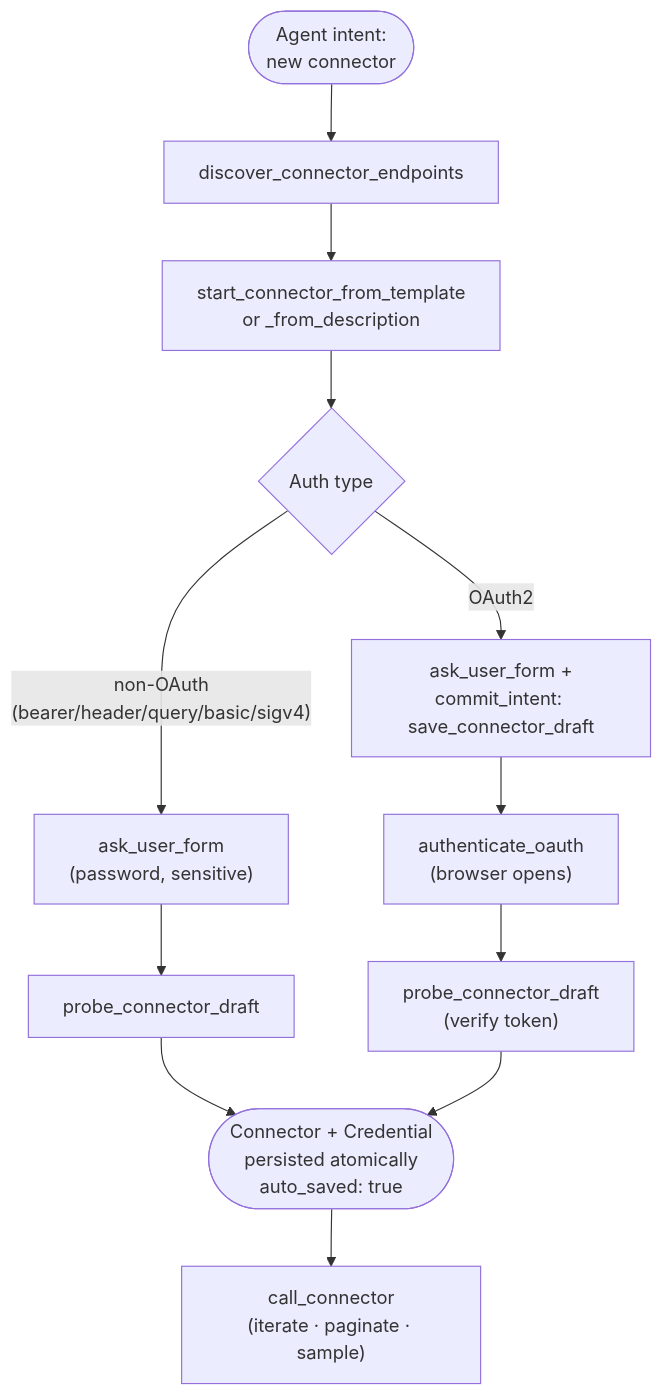
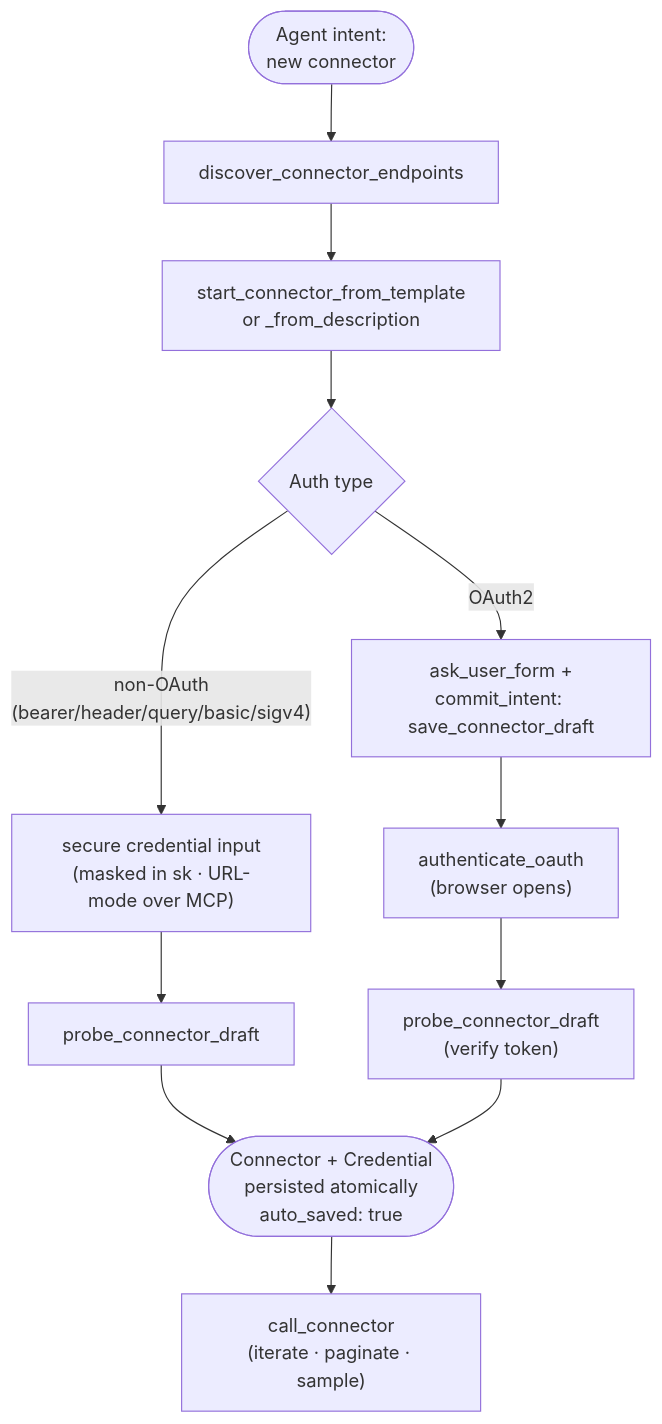
The third of 3 diagrams in docs/concepts/connectors.md (MikeBild/subkit), drawn with Mermaid before and after one commit. The commit also changed other lines of this file and 41 other files, not shown here.

````diff
--- a/docs/concepts/connectors.md
+++ b/docs/concepts/connectors.md
@@ -290,19 +290,19 @@
 ```mermaid
 flowchart TB
     Start(["Agent intent:<br/>new connector"])
     Discover["discover_connector_endpoints"]
     Draft["start_connector_from_template<br/>or _from_description"]
     AuthType{Auth type}
-    AskForm["ask_user_form<br/>(password, sensitive)"]
+    AskForm["secure credential input<br/>(masked in sk · URL-mode over MCP)"]
     AskFormOA["ask_user_form +<br/>commit_intent: save_connector_draft"]
     Probe["probe_connector_draft"]
     OAuth["authenticate_oauth<br/>(browser opens)"]
     ProbeOA["probe_connector_draft<br/>(verify token)"]
     Saved(["Connector + Credential<br/>persisted atomically<br/>auto_saved: true"])
     Call["call_connector<br/>(iterate · paginate · sample)"]
 
     Start --> Discover --> Draft --> AuthType
     AuthType -- non-OAuth<br/>(bearer/header/query/basic/sigv4) --> AskForm --> Probe --> Saved
     AuthType -- OAuth2 --> AskFormOA --> OAuth --> ProbeOA --> Saved
     Saved --> Call
 ```
````
